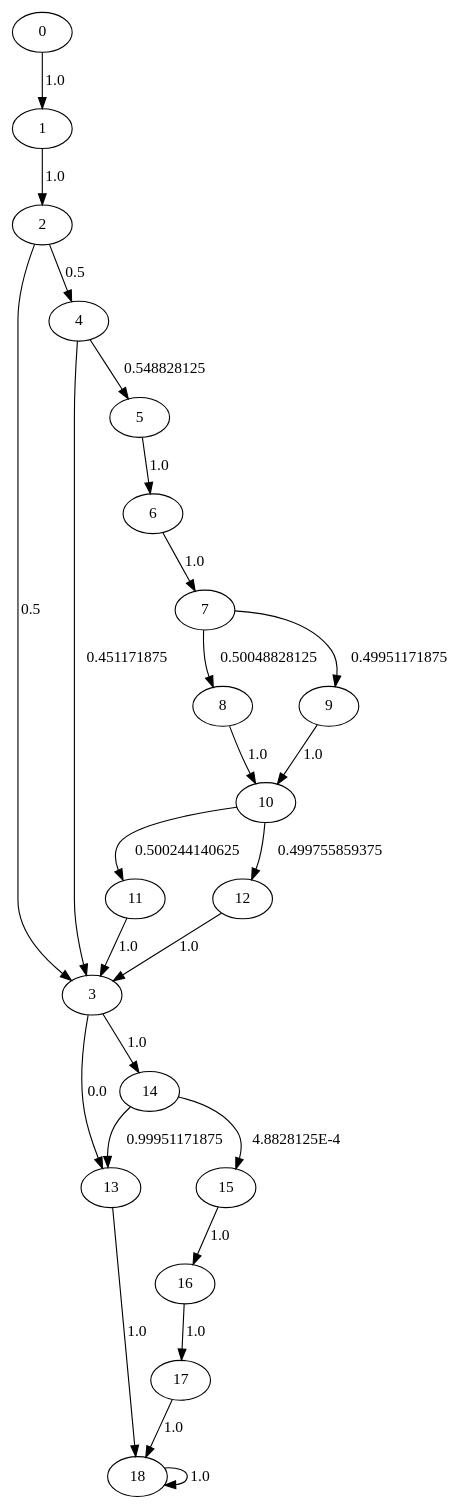
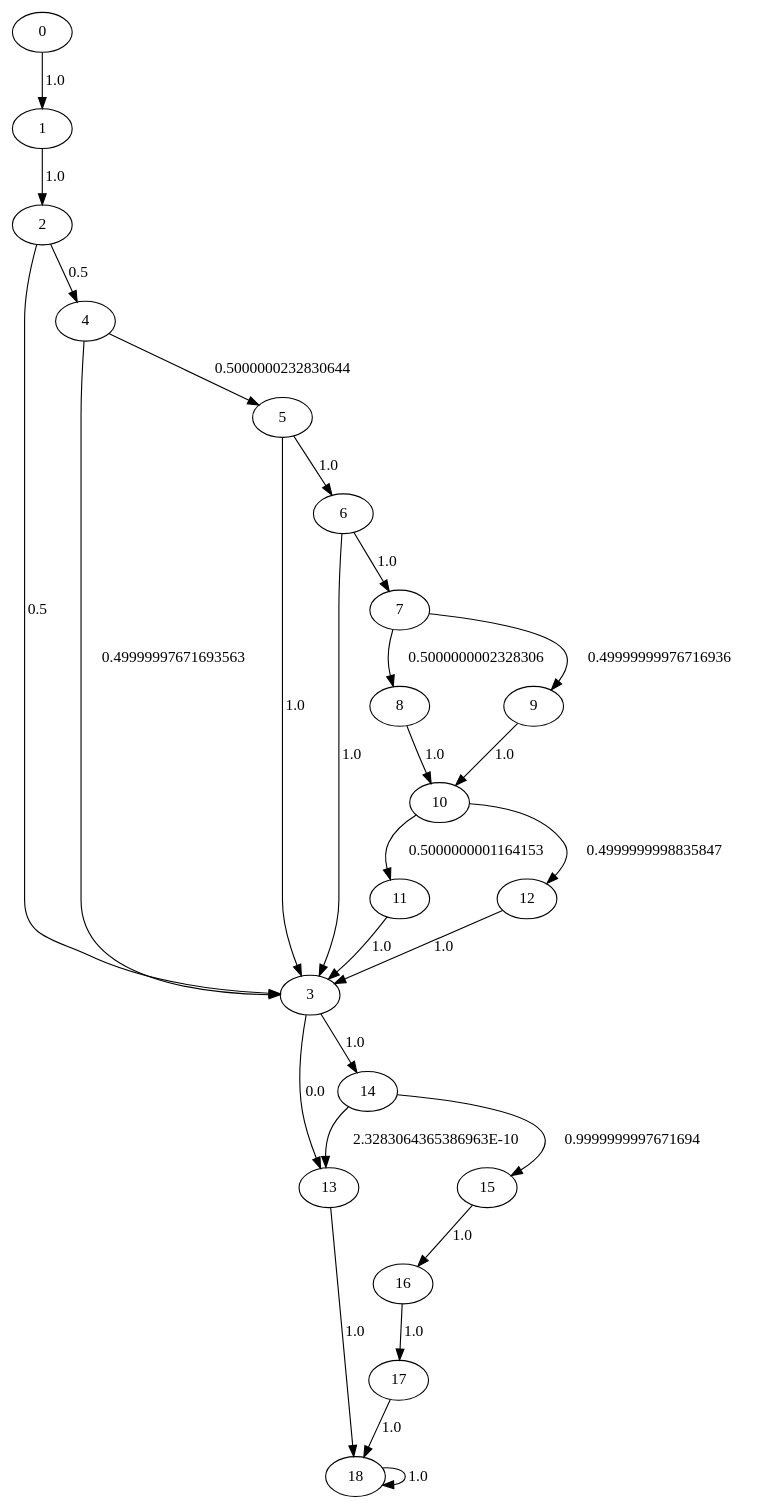
One commit to seemantasaha/DependencyAnalysis changed the diagram in LMain_testInt.dot. Above: the diagram before and after it, drawn with Graphviz. The commit also changed 15 other files, not shown here.

```diff
--- a/LMain_testInt.dot
+++ b/LMain_testInt.dot
@@ -1,27 +1,29 @@
 digraph {
+	11 -> 3[label= "1.0"];
+	12 -> 3[label= "1.0"];
+	13 -> 18[label= "1.0"];
+	14 -> 13[label= "2.3283064365386963E-10"];
+	14 -> 15[label= "0.9999999997671694"];
+	15 -> 16[label= "1.0"];
+	16 -> 17[label= "1.0"];
+	17 -> 18[label= "1.0"];
+	18 -> 18[label= "1.0"];
 	0 -> 1[label= "1.0"];
 	1 -> 2[label= "1.0"];
 	2 -> 3[label= "0.5"];
 	2 -> 4[label= "0.5"];
-	4 -> 3[label= "0.451171875"];
-	4 -> 5[label= "0.548828125"];
-	5 -> 6[label= "1.0"];
-	6 -> 7[label= "1.0"];
-	7 -> 8[label= "0.50048828125"];
-	7 -> 9[label= "0.49951171875"];
-	9 -> 10[label= "1.0"];
-	8 -> 10[label= "1.0"];
-	10 -> 11[label= "0.500244140625"];
-	10 -> 12[label= "0.499755859375"];
-	12 -> 3[label= "1.0"];
-	11 -> 3[label= "1.0"];
 	3 -> 13[label= "0.0"];
 	3 -> 14[label= "1.0"];
-	14 -> 13[label= "0.99951171875"];
-	14 -> 15[label= "4.8828125E-4"];
-	15 -> 16[label= "1.0"];
-	16 -> 17[label= "1.0"];
-	17 -> 18[label= "1.0"];
-	13 -> 18[label= "1.0"];
-	18 -> 18[label= "1.0"];
+	4 -> 3[label= "0.49999997671693563"];
+	4 -> 5[label= "0.5000000232830644"];
+	5 -> 3[label= "1.0"];
+	5 -> 6[label= "1.0"];
+	6 -> 3[label= "1.0"];
+	6 -> 7[label= "1.0"];
+	7 -> 8[label= "0.5000000002328306"];
+	7 -> 9[label= "0.49999999976716936"];
+	8 -> 10[label= "1.0"];
+	9 -> 10[label= "1.0"];
+	10 -> 11[label= "0.5000000001164153"];
+	10 -> 12[label= "0.4999999998835847"];
 }
```
